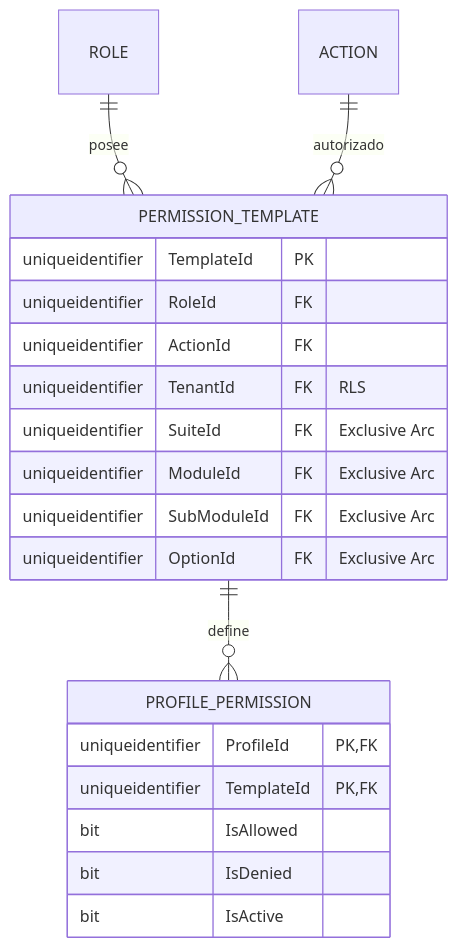
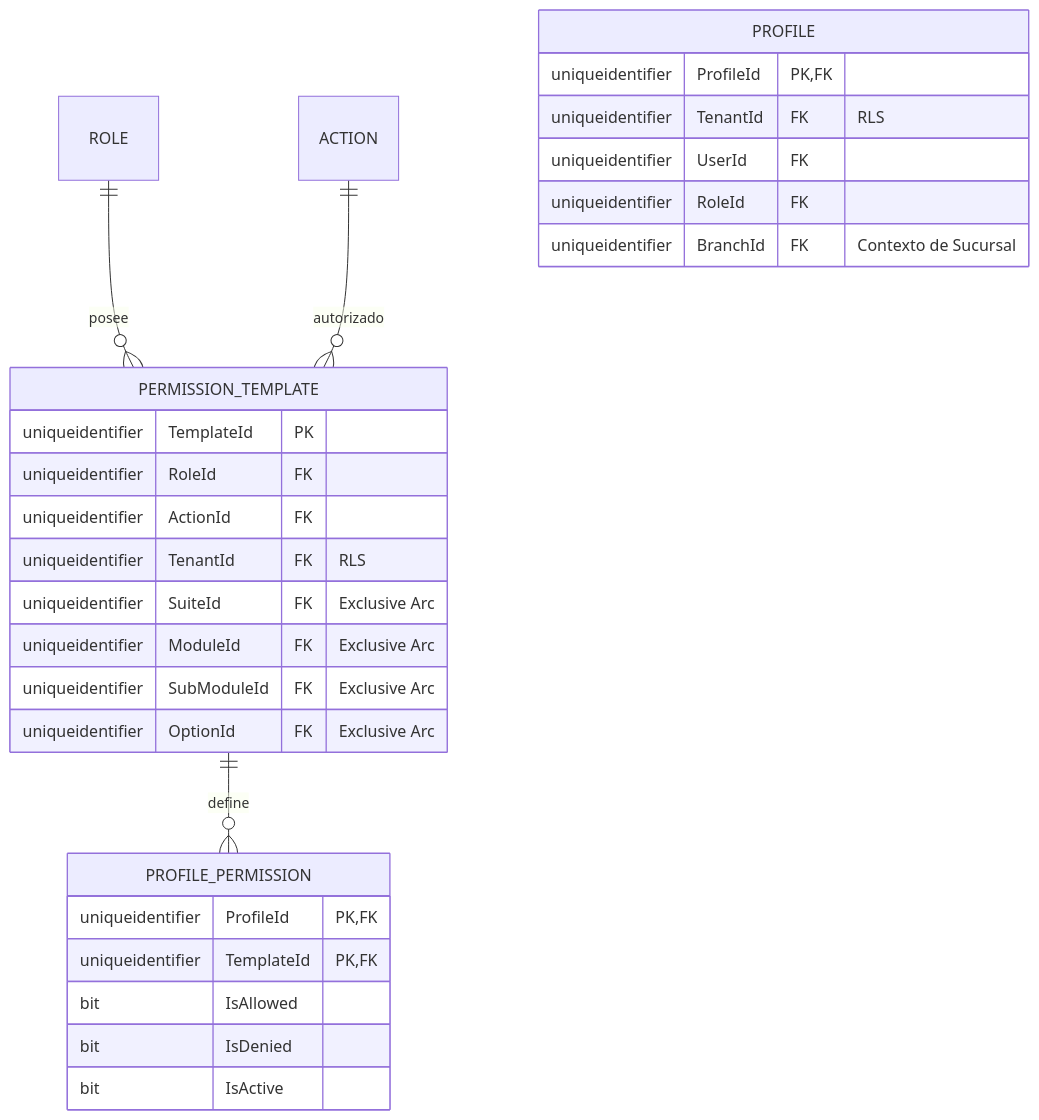
Before and after one commit to beyondnetcode/ums: the second of 3 diagrams in architecture/blueprints-es/database-design-er.md, drawn with Mermaid. The commit also changed other lines of this file and 2 other files, not shown here.

Commit message:
fix(auth): restore BRANCH context to PROFILE entity ensuring location-based permission overrides

````diff
--- a/architecture/blueprints-es/database-design-er.md
+++ b/architecture/blueprints-es/database-design-er.md
@@ -48,25 +52,33 @@
 ```mermaid
 erDiagram
     ROLE ||--o{ PERMISSION_TEMPLATE : "posee"
     PERMISSION_TEMPLATE ||--o{ PROFILE_PERMISSION : "define"
     ACTION ||--o{ PERMISSION_TEMPLATE : "autorizado"
     
     PERMISSION_TEMPLATE {
         uniqueidentifier TemplateId PK
         uniqueidentifier RoleId FK
         uniqueidentifier ActionId FK
         uniqueidentifier TenantId FK "RLS"
         uniqueidentifier SuiteId FK "Exclusive Arc"
         uniqueidentifier ModuleId FK "Exclusive Arc"
         uniqueidentifier SubModuleId FK "Exclusive Arc"
         uniqueidentifier OptionId FK "Exclusive Arc"
     }
     
+    PROFILE {
+        uniqueidentifier ProfileId PK, FK
+        uniqueidentifier TenantId FK "RLS"
+        uniqueidentifier UserId FK
+        uniqueidentifier RoleId FK
+        uniqueidentifier BranchId FK "Contexto de Sucursal"
+    }
+    
     PROFILE_PERMISSION {
         uniqueidentifier ProfileId PK, FK
         uniqueidentifier TemplateId PK, FK
         bit IsAllowed
         bit IsDenied
         bit IsActive
     }
 ```
````
